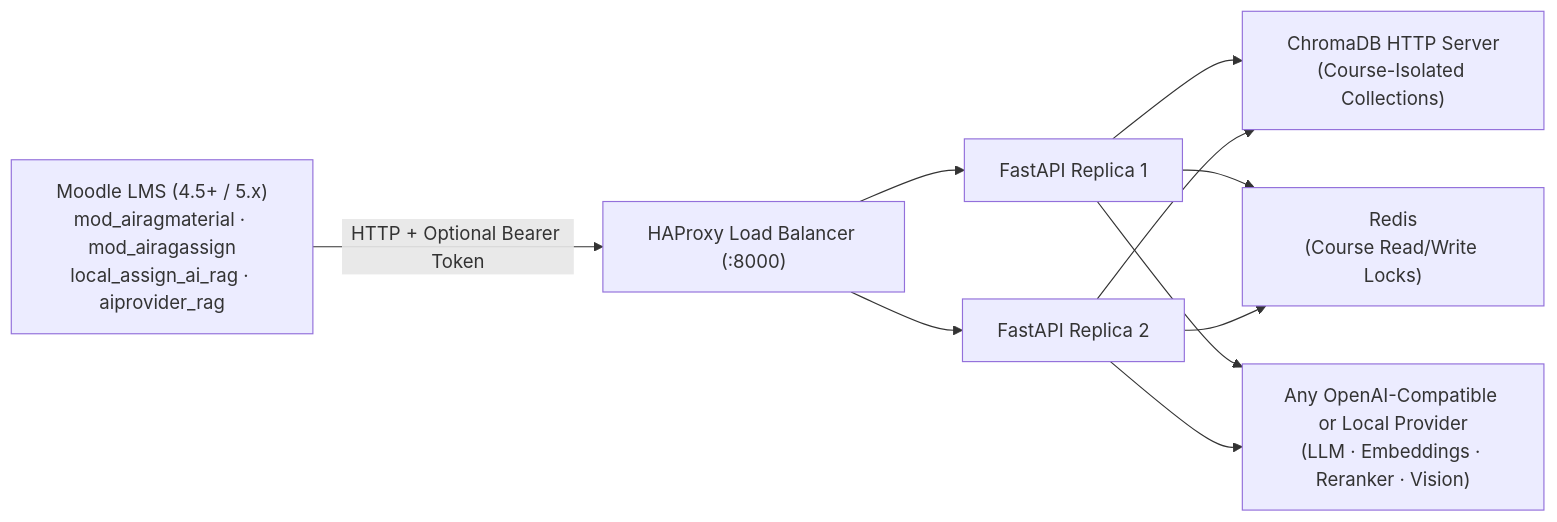
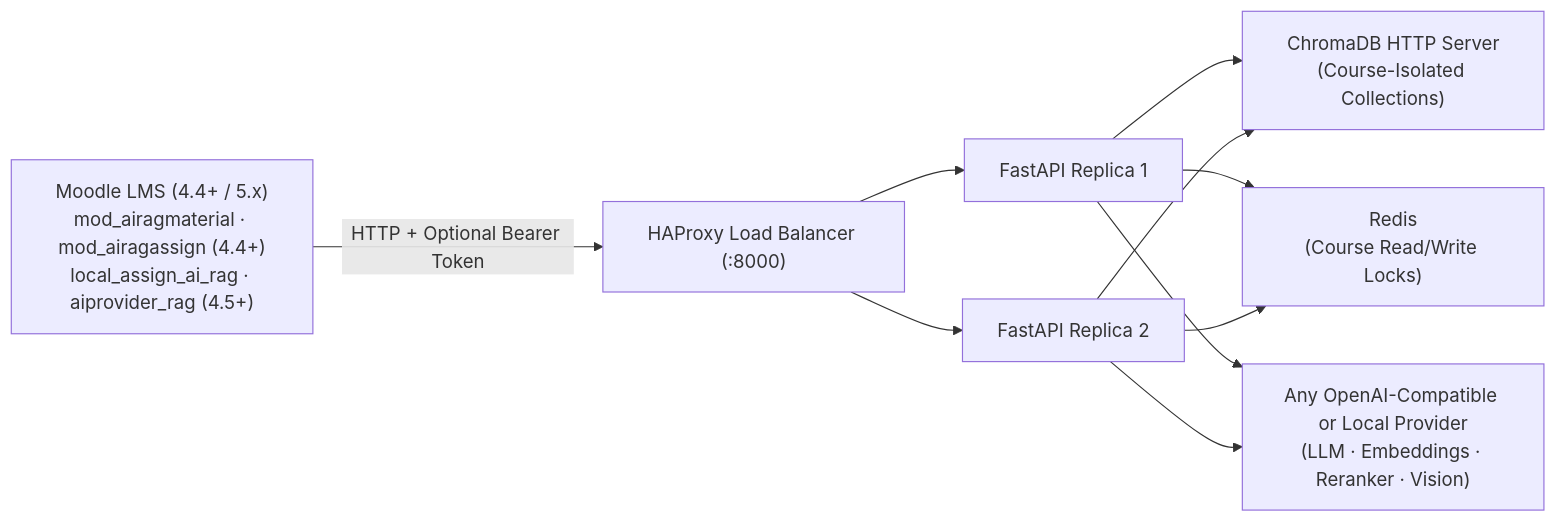
One commit to glennhkm/RAGrader changed the diagram in README.md. Above: the diagram before and after it, drawn with Mermaid. The commit also changed other lines of this file and 5 other files, not shown here.

````diff
--- a/README.md
+++ b/README.md
@@ -9,12 +9,12 @@
 ```mermaid
 flowchart LR
-    M["Moodle LMS (4.5+ / 5.x)<br/>mod_airagmaterial · mod_airagassign<br/>local_assign_ai_rag · aiprovider_rag"] -->|HTTP + Optional Bearer Token| LB["HAProxy Load Balancer (:8000)"]
+    M["Moodle LMS (4.4+ / 5.x)<br/>mod_airagmaterial · mod_airagassign (4.4+)<br/>local_assign_ai_rag · aiprovider_rag (4.5+)"] -->|HTTP + Optional Bearer Token| LB["HAProxy Load Balancer (:8000)"]
     LB --> API1["FastAPI Replica 1"]
     LB --> API2["FastAPI Replica 2"]
     API1 --> CH["ChromaDB HTTP Server<br/>(Course-Isolated Collections)"]
     API2 --> CH
     API1 --> RD["Redis<br/>(Course Read/Write Locks)"]
     API2 --> RD
     API1 --> LLM["Any OpenAI-Compatible or Local Provider<br/>(LLM · Embeddings · Reranker · Vision)"]
     API2 --> LLM
 ```
````
